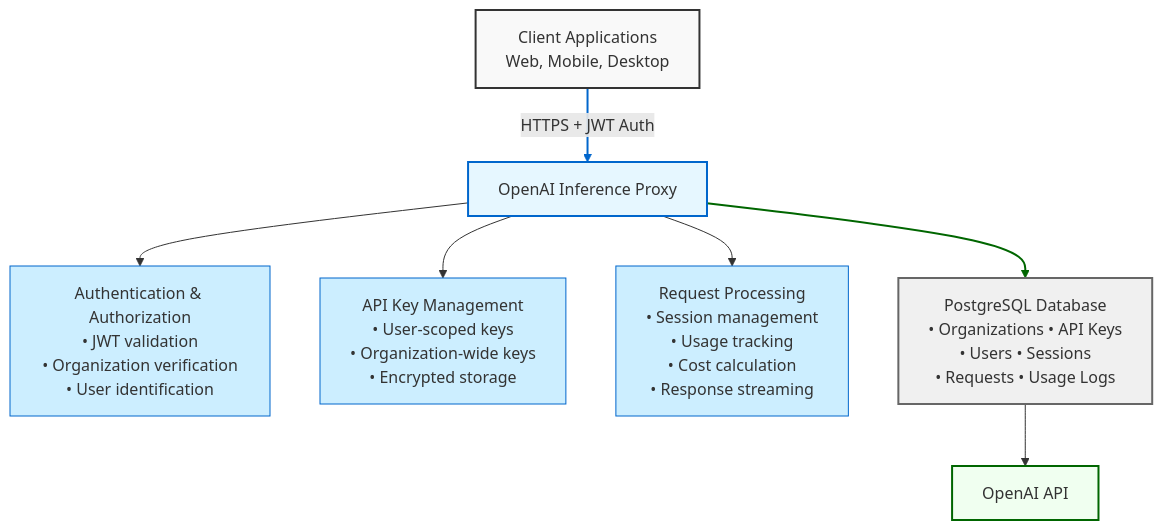
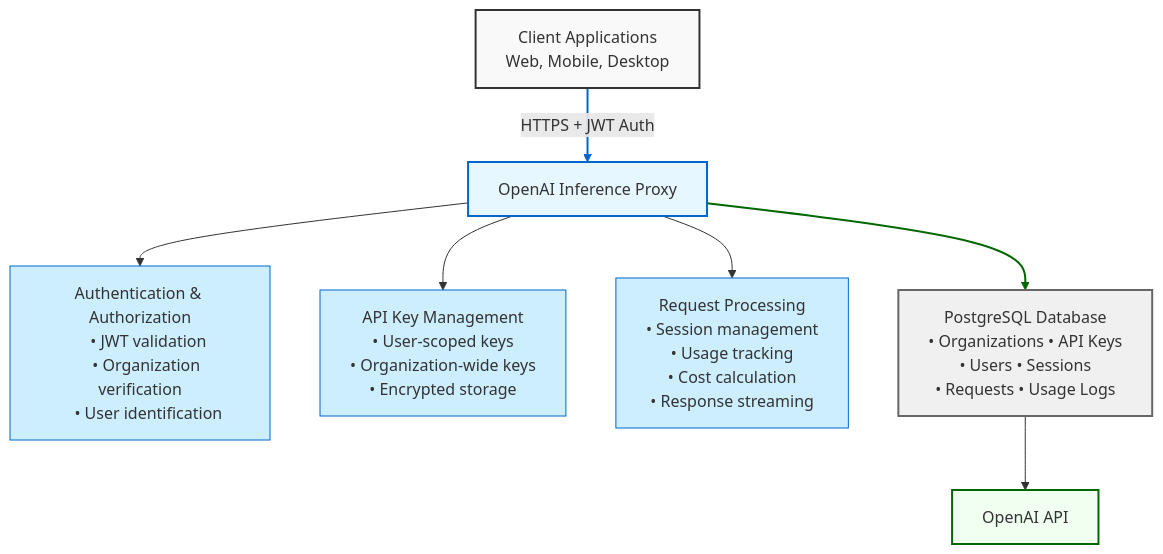
Before and after one commit to amotivv-inc/memory-box-inference: the first of 2 diagrams in README.md, drawn with Mermaid.

````diff
--- a/README.md
+++ b/README.md
@@ -26,31 +26,47 @@
 ```mermaid
 flowchart TD
     classDef clients fill:#f9f9f9,stroke:#333,stroke-width:2px
     classDef proxy fill:#e6f7ff,stroke:#0066cc,stroke-width:2px
     classDef proxyComponents fill:#cceeff,stroke:#0066cc,stroke-width:1px
     classDef database fill:#f0f0f0,stroke:#666666,stroke-width:2px
     classDef openai fill:#f0fff0,stroke:#006600,stroke-width:2px
     
-    clients[Client Applications\nWeb, Mobile, Desktop]:::clients
+    clients["Client Applications
+    Web, Mobile, Desktop"]:::clients
     
-    proxy[OpenAI Inference Proxy]:::proxy
+    proxy["OpenAI Inference Proxy"]:::proxy
     
-    auth[Authentication & Authorization\n• JWT validation\n• Organization verification\n• User identification]:::proxyComponents
-    keyMgmt[API Key Management\n• User-scoped keys\n• Organization-wide keys\n• Encrypted storage]:::proxyComponents
-    reqProc[Request Processing\n• Session management\n• Usage tracking\n• Cost calculation\n• Response streaming]:::proxyComponents
+    auth["Authentication & Authorization
+    • JWT validation
+    • Organization verification
+    • User identification"]:::proxyComponents
     
-    db[PostgreSQL Database\n• Organizations • API Keys\n• Users • Sessions\n• Requests • Usage Logs]:::database
+    keyMgmt["API Key Management
+    • User-scoped keys
+    • Organization-wide keys
+    • Encrypted storage"]:::proxyComponents
     
-    oai[OpenAI API]:::openai
+    reqProc["Request Processing
+    • Session management
+    • Usage tracking
+    • Cost calculation
+    • Response streaming"]:::proxyComponents
     
-    clients -- HTTPS + JWT Auth --> proxy
+    db["PostgreSQL Database
+    • Organizations • API Keys
+    • Users • Sessions
+    • Requests • Usage Logs"]:::database
+    
+    oai["OpenAI API"]:::openai
+    
+    clients -- "HTTPS + JWT Auth" --> proxy
     proxy --> auth
     proxy --> keyMgmt
     proxy --> reqProc
     proxy --> db
     db --> oai
     
     %% Add relationship labels and styling
     linkStyle 0 stroke:#0066cc,stroke-width:2px
     linkStyle 4 stroke:#006600,stroke-width:2px
 ```
````
